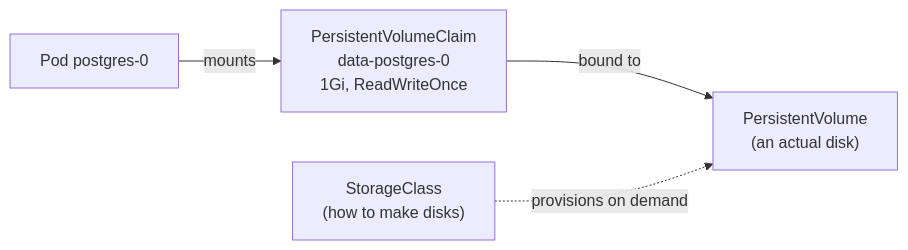
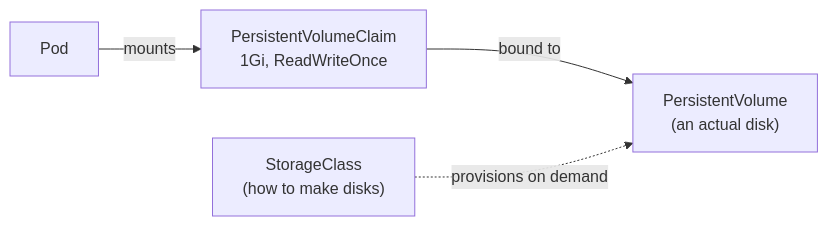
The diagram in docs/kubernetes/config-secrets-storage.mdx (jawwadzafar/zero-to-prod), drawn with Mermaid before and after one commit. The commit also changed other lines of this file and 1 other file, not shown here.

````diff
--- a/docs/kubernetes/config-secrets-storage.mdx
+++ b/docs/kubernetes/config-secrets-storage.mdx
@@ -116,6 +136,6 @@
 ```mermaid
 flowchart LR
-  POD["Pod postgres-0"] -->|mounts| PVC["PersistentVolumeClaim<br/>data-postgres-0<br/>1Gi, ReadWriteOnce"]
+  POD["Pod"] -->|mounts| PVC["PersistentVolumeClaim<br/>1Gi, ReadWriteOnce"]
   PVC -->|bound to| PV["PersistentVolume<br/>(an actual disk)"]
   SC["StorageClass<br/>(how to make disks)"] -.->|provisions on demand| PV
 ```
````
